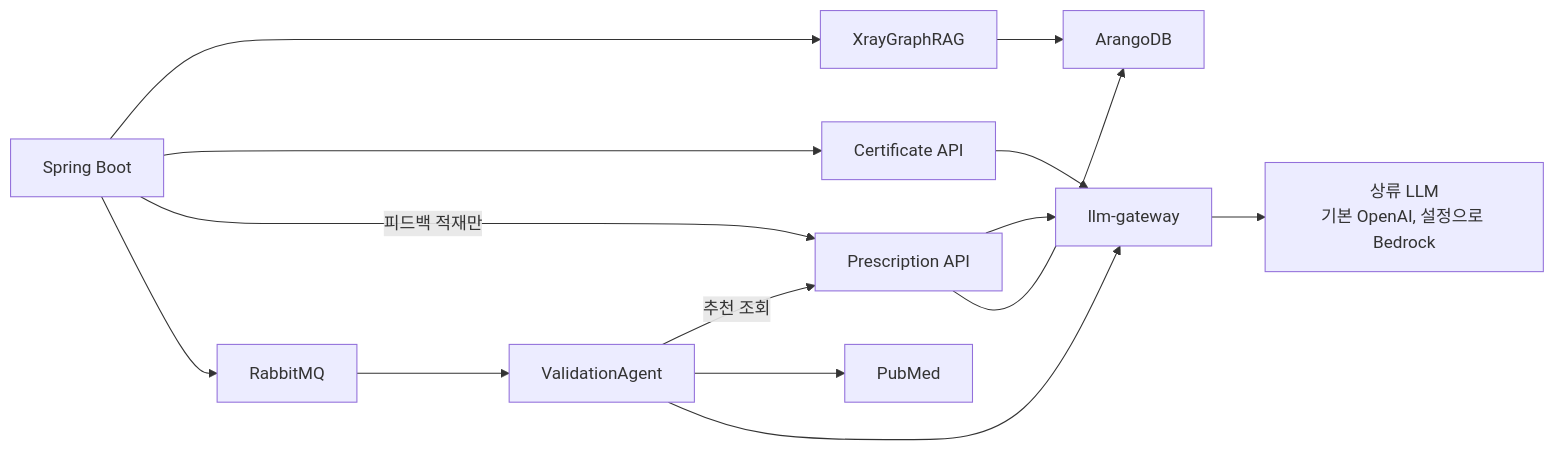
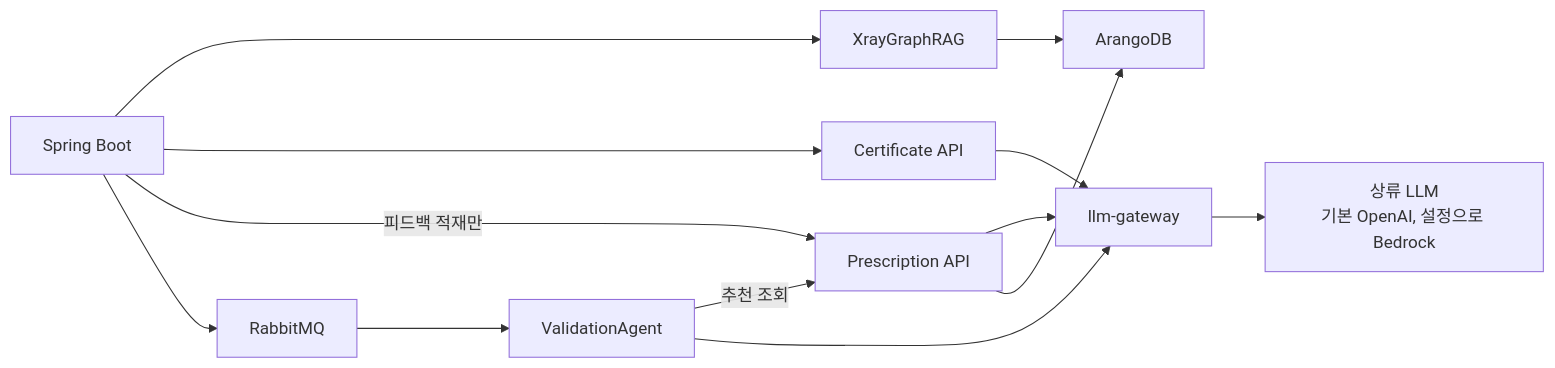
Before and after one commit to kjbddo/bitcomputer-emr: the sixth of 6 diagrams in Docs/04-ai-services-and-agents.md, drawn with Mermaid. The commit also changed other lines of this file and 7 other files, not shown here.

First line of the commit message:
docs: PubMed 제거·합성 케이스·PSPNet 기본값을 문서에 반영한다

````diff
--- a/Docs/04-ai-services-and-agents.md
+++ b/Docs/04-ai-services-and-agents.md
@@ -322,16 +325,15 @@
 ```mermaid
 flowchart LR
   Spring[Spring Boot] --> Xray[XrayGraphRAG]
   Spring --> Cert[Certificate API]
   Spring -- 피드백 적재만 --> Rx[Prescription API]
   Spring --> RMQ[RabbitMQ]
   RMQ --> Val[ValidationAgent]
   Val -- 추천 조회 --> Rx
-  Val --> PubMed[PubMed]
   Val --> GW[llm-gateway]
   Rx --> GW
   Cert --> GW
   GW --> Upstream[상류 LLM<br/>기본 OpenAI, 설정으로 Bedrock]
   Rx --> Arango[ArangoDB]
   Xray --> Arango
 ```
````
